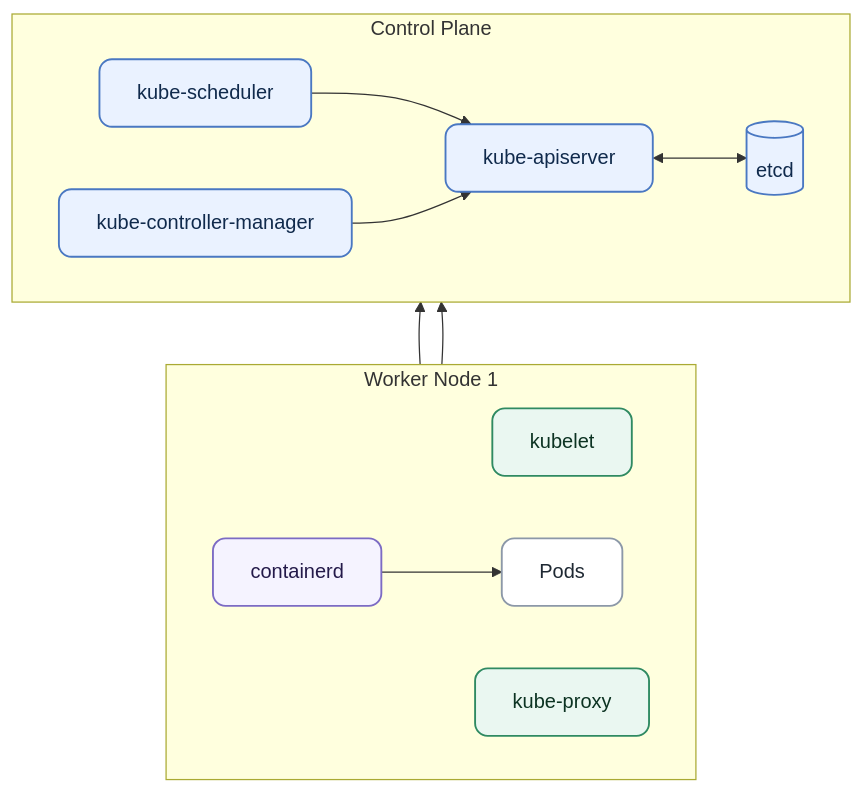
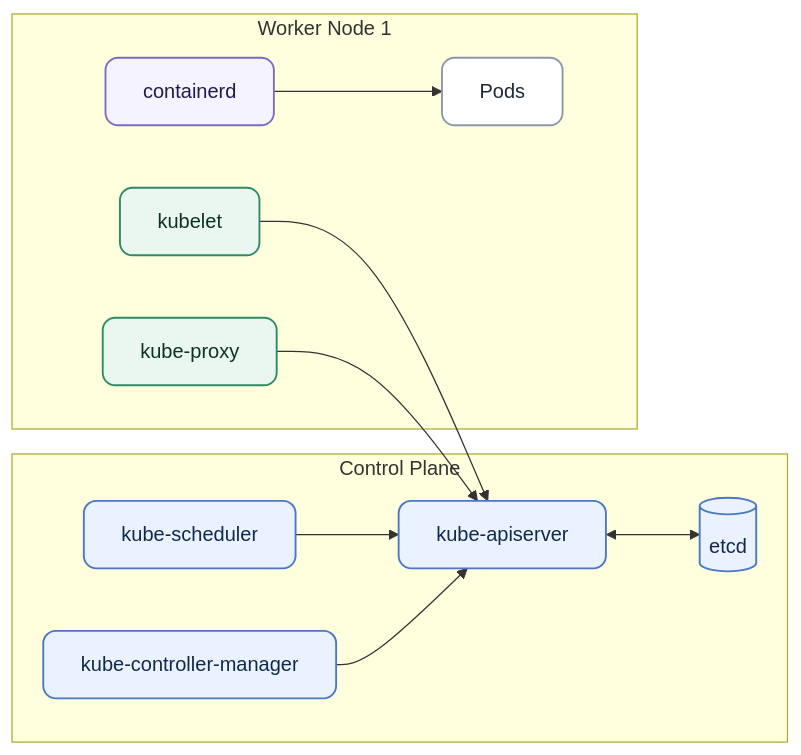
Before and after one commit to daidaiJ/mmdx: the third of 5 diagrams in skill/references/architecture.md, drawn with Mermaid. The commit also changed other lines of this file and 21 other files, not shown here.

````diff
--- a/skill/references/architecture.md
+++ b/skill/references/architecture.md
@@ -53,31 +53,29 @@
 ```mermaid
-flowchart BT
+flowchart LR
     subgraph CP["Control Plane"]
-        direction LR
         API["kube-apiserver"]
         ETCD[("etcd")]
         SCH["kube-scheduler"]
         CM["kube-controller-manager"]
     end
     subgraph W1["Worker Node 1"]
-        direction LR
         K1["kubelet"]
         PX1["kube-proxy"]
         R1["containerd"]
         POD1["Pods"]
     end
     SCH --> API
     CM --> API
     API <--> ETCD
     K1 --> API
     PX1 --> API
     R1 --> POD1
     classDef cp fill:#EAF2FF,stroke:#4A78C2,color:#102A4C,rx:10px,ry:10px,stroke-width:1.5px
     classDef node fill:#EAF7F1,stroke:#2F8A62,color:#0C3322,rx:10px,ry:10px,stroke-width:1.5px
     classDef runtime fill:#F5F3FF,stroke:#7C6BC4,color:#241A4A,rx:10px,ry:10px,stroke-width:1.5px
     classDef work fill:#FFFFFF,stroke:#8C98A8,color:#1F2933,rx:10px,ry:10px,stroke-width:1.5px
     class API,ETCD,SCH,CM cp
     class K1,PX1 node
     class R1 runtime
     class POD1 work
 ```
````
